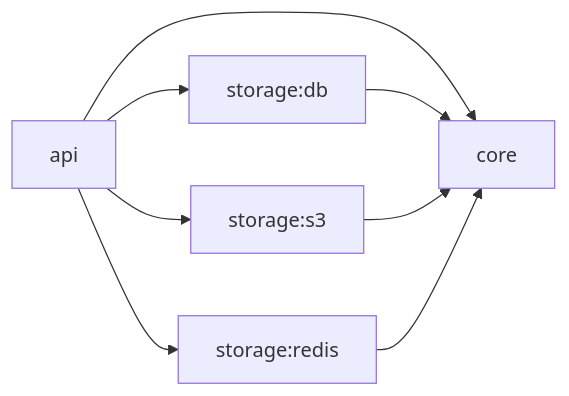
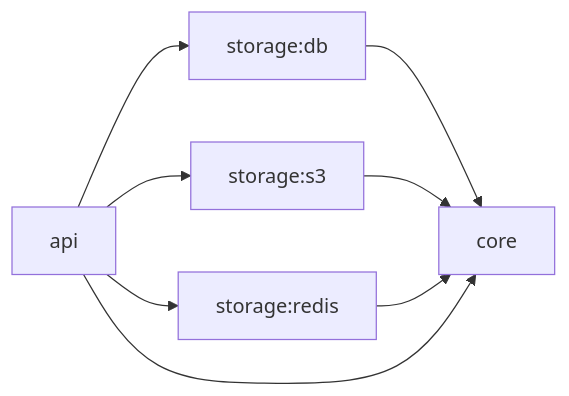
Before and after one commit to Uplus-GETDDO/getddo-be: the second of 6 diagrams in README.md, drawn with Mermaid. The commit also changed other lines of this file, not shown here.

````diff
--- a/README.md
+++ b/README.md
@@ -82,10 +79,10 @@
 ```mermaid
 flowchart LR
-    API["api"] --> Core["core"]
-    API --> DB["storage:db"]
+    API["api"] --> DB["storage:db"]
     API --> S3["storage:s3"]
     API --> Redis["storage:redis"]
-    DB --> Core
+    DB --> Core["core"]
     S3 --> Core
     Redis --> Core
+    API --> Core
 ```
````
